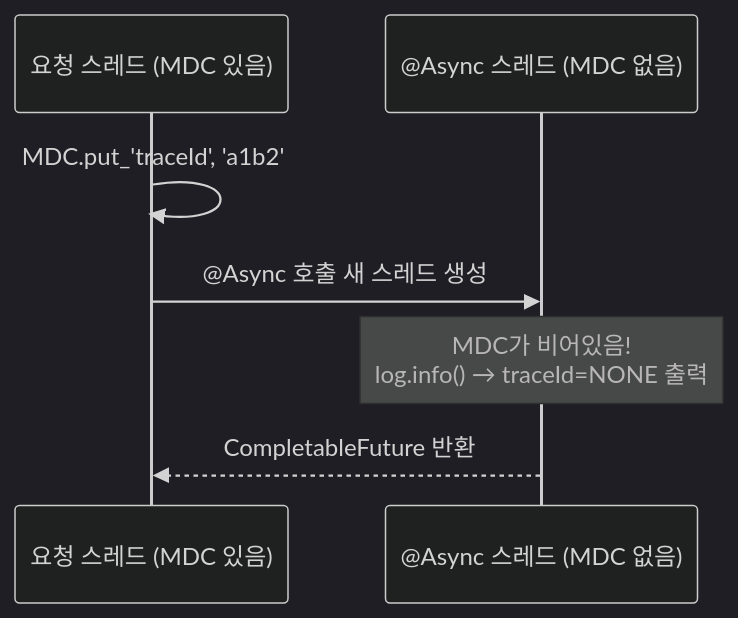
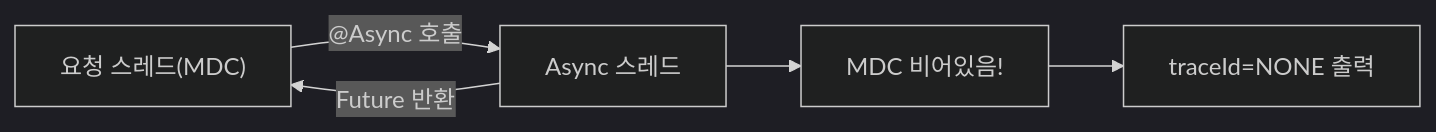
One commit to yjkim2015/yjkim2015.github.io changed the second of 3 diagrams in _posts/spring/2026-05-01-spring-mdc.md. Above: the diagram before and after it, drawn with Mermaid (dark theme). The commit also changed other lines of this file and 84 other files, not shown here.

First line of the commit message:
85개 포스트 Mermaid 다이어그램 규칙 일괄 수정

````diff
--- a/_posts/spring/2026-05-01-spring-mdc.md
+++ b/_posts/spring/2026-05-01-spring-mdc.md
@@ -225,9 +225,7 @@
 ```mermaid
-sequenceDiagram
-    participant T1 as 요청 스레드 (MDC 있음)
-    participant T2 as @Async 스레드 (MDC 없음)
-    T1->>T1: MDC.put_'traceId', 'a1b2'
-    T1->>T2: @Async 호출 새 스레드 생성
-    Note over T2: MDC가 비어있음!<br>log.info() → traceId=NONE 출력
-    T2-->>T1: CompletableFuture 반환
+graph LR
+    T1["요청 스레드(MDC)"] -->|"@Async 호출"| T2["Async 스레드"]
+    T2 --> WARN["MDC 비어있음!"]
+    WARN --> LOG["traceId=NONE 출력"]
+    T2 -->|"Future 반환"| T1
 ```
````
